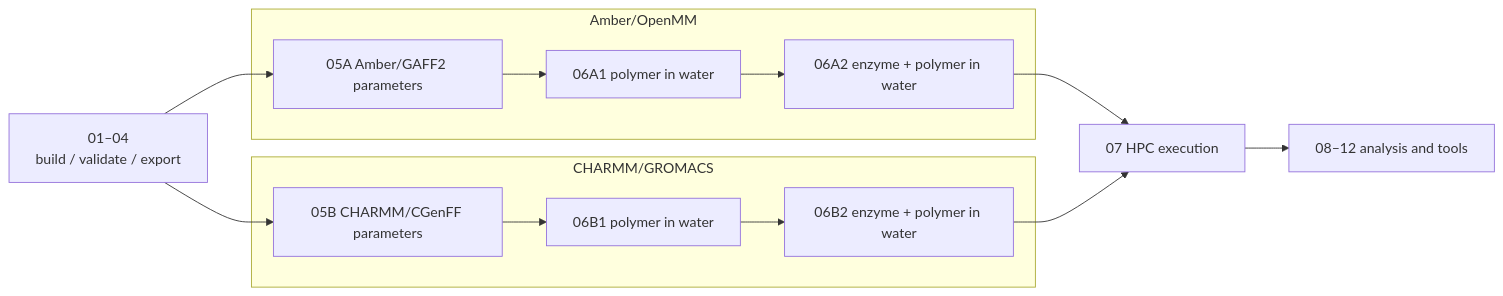
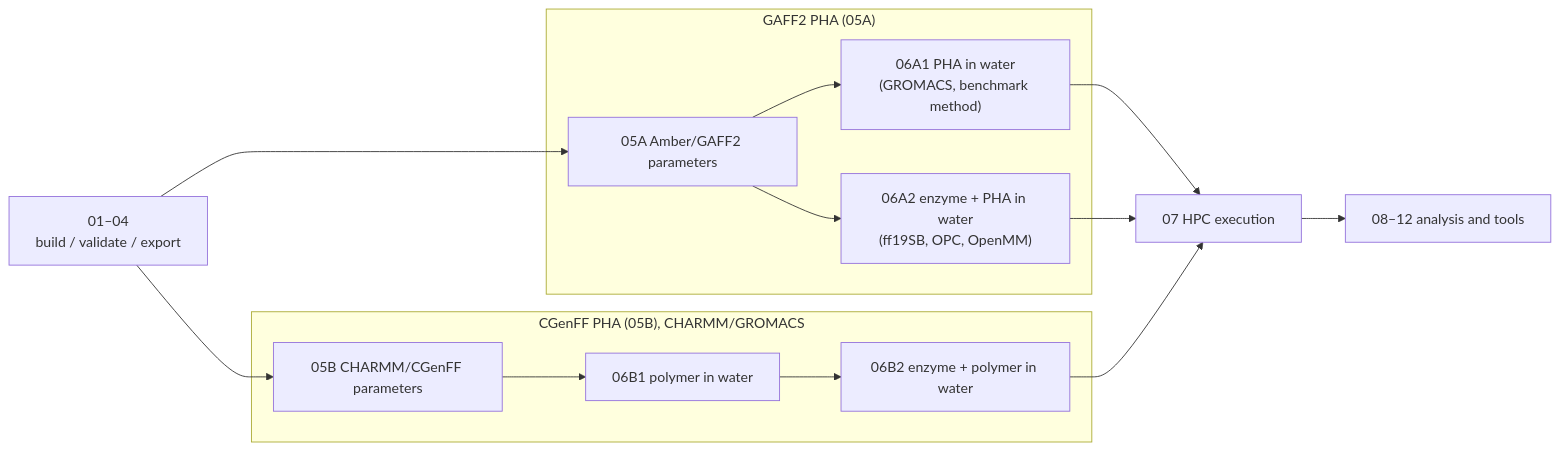
One commit to DanielYyork/iPHAsimulatorV2 changed the diagram in notebooks/README.md. Above: the diagram before and after it, drawn with Mermaid. The commit also changed other lines of this file and 10 other files, not shown here.

First line of the commit message:
06A1: PHA in water with the polymer benchmark method (GAFF2, GROMACS)

````diff
--- a/notebooks/README.md
+++ b/notebooks/README.md
@@ -34,15 +32,17 @@
 ```mermaid
 flowchart LR
     S["01–04<br/>build / validate / export"]
     S --> A5
     S --> B5
-    subgraph AO["Amber/OpenMM"]
-        A5["05A Amber/GAFF2 parameters"] --> A61["06A1 polymer in water"] --> A62["06A2 enzyme + polymer in water"]
+    subgraph GA["GAFF2 PHA (05A)"]
+        A5["05A Amber/GAFF2 parameters"] --> A61["06A1 PHA in water<br/>(GROMACS, benchmark method)"]
+        A5 --> A62["06A2 enzyme + PHA in water<br/>(ff19SB, OPC, OpenMM)"]
     end
-    subgraph CG["CHARMM/GROMACS"]
+    subgraph CG["CGenFF PHA (05B), CHARMM/GROMACS"]
         B5["05B CHARMM/CGenFF parameters"] --> B61["06B1 polymer in water"] --> B62["06B2 enzyme + polymer in water"]
     end
-    A62 --> H["07 HPC execution"]
+    A61 --> H["07 HPC execution"]
+    A62 --> H
     B62 --> H
     H --> X["08–12 analysis and tools"]
 ```
````
